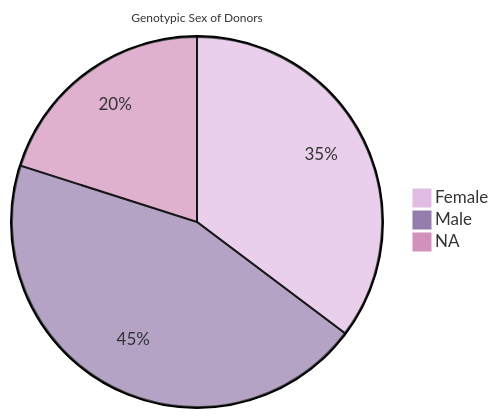
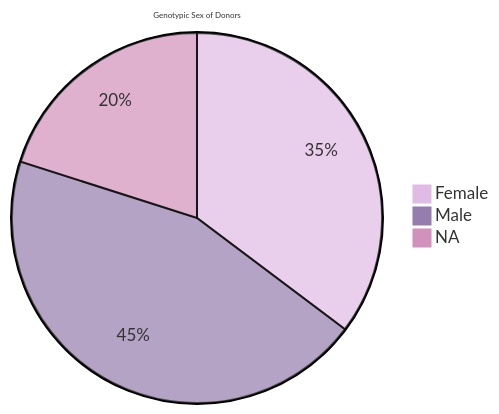
One commit to progenetix/cancercelllines-web changed the diagram in docs/index.md. Above: the diagram before and after it, drawn with Mermaid.

````diff
--- a/docs/index.md
+++ b/docs/index.md
@@ -16,9 +16,9 @@
 ```mermaid
-%%{init: {'theme': 'base', 'themeVariables': {'pieTitleTextSize':'12px',"fontFamily": "arial",'pie1':'#E0BBE4','pie2':'#957DAD','pie3':'#D291BC'}}}%%
+%%{init: {'theme': 'base', 'themeVariables': {'pieTitleTextSize':'8px',"fontFamily": "arial",'pie1':'#E0BBE4','pie2':'#957DAD','pie3':'#D291BC'}}}%%
 pie title Genotypic Sex of Donors
   "Female" : 1486
   "Male" : 1882
   "NA" : 846
 
 
 ```
````
